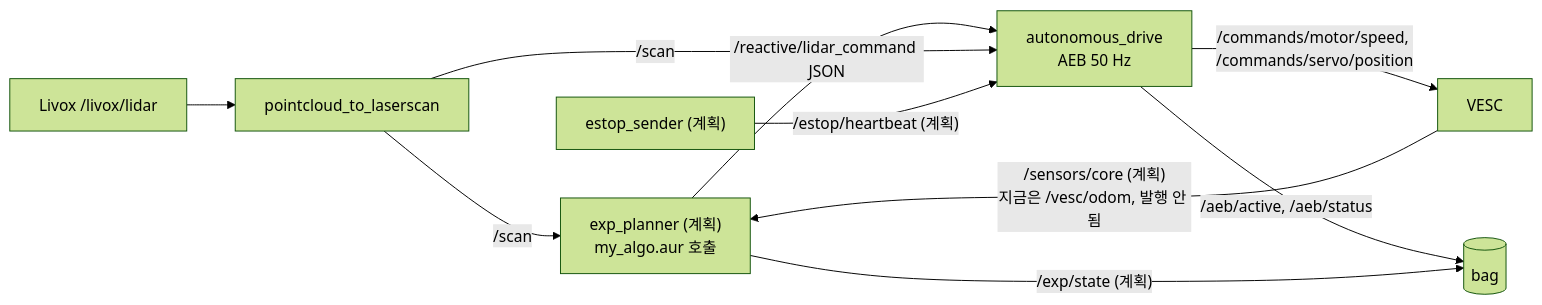
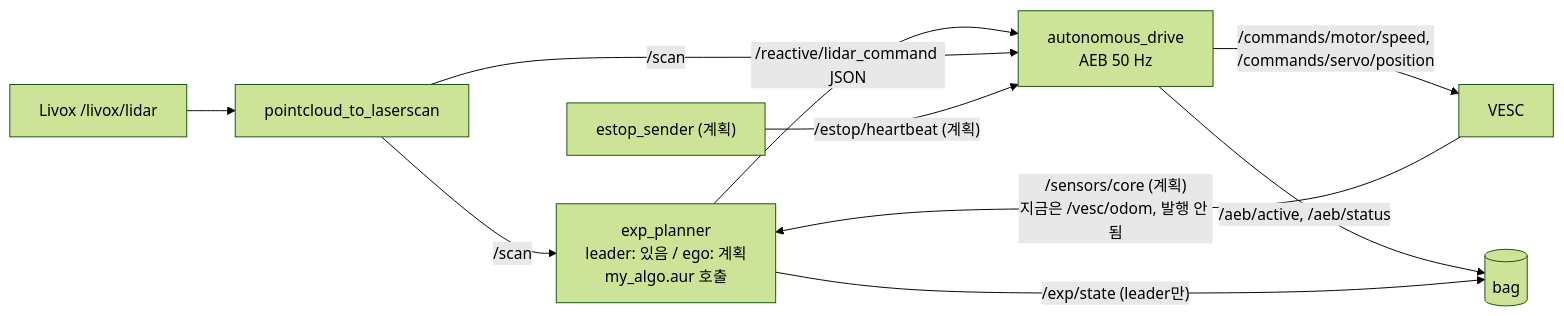
The first of 3 diagrams in docs/PIPELINE.md (SeungBeom046/f1tenth_algo), drawn with Mermaid (forest theme) before and after one commit. The commit also changed other lines of this file and 8 other files, not shown here.

````diff
--- a/docs/PIPELINE.md
+++ b/docs/PIPELINE.md
@@ -10,12 +10,12 @@
 ```mermaid
 flowchart LR
     L[Livox /livox/lidar] --> P2L[pointcloud_to_laserscan]
-    P2L -->|/scan| EP["exp_planner (계획)<br/>my_algo.aur 호출"]
+    P2L -->|/scan| EP["exp_planner<br/>leader: 있음 / ego: 계획<br/>my_algo.aur 호출"]
     VESC[VESC] -->|"/sensors/core (계획)<br/>지금은 /vesc/odom, 발행 안 됨"| EP
     EP -->|/reactive/lidar_command JSON| AD[autonomous_drive<br/>AEB 50 Hz]
     P2L -->|/scan| AD
     AD -->|/commands/motor/speed, /commands/servo/position| VESC
     AD -->|/aeb/active, /aeb/status| LOG[(bag)]
-    EP -->|"/exp/state (계획)"| LOG
+    EP -->|"/exp/state (leader만)"| LOG
     HB["estop_sender (계획)"] -->|"/estop/heartbeat (계획)"| AD
 ```
````
